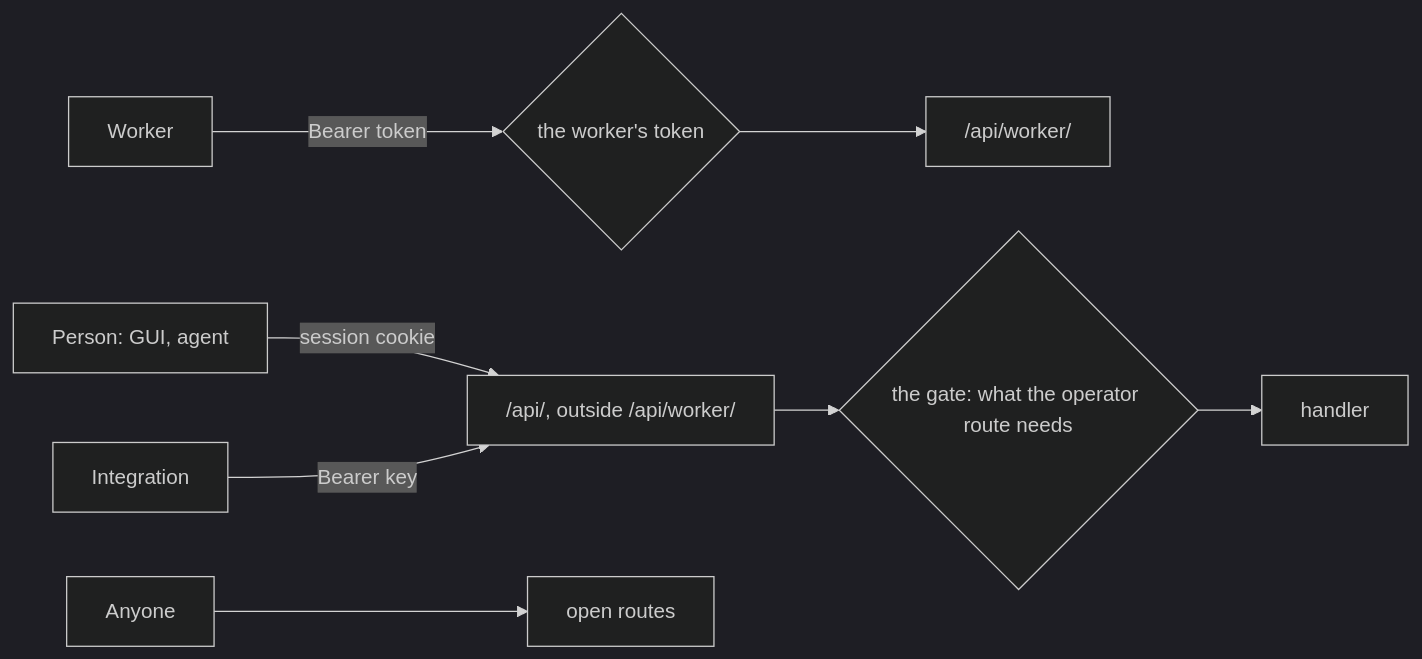
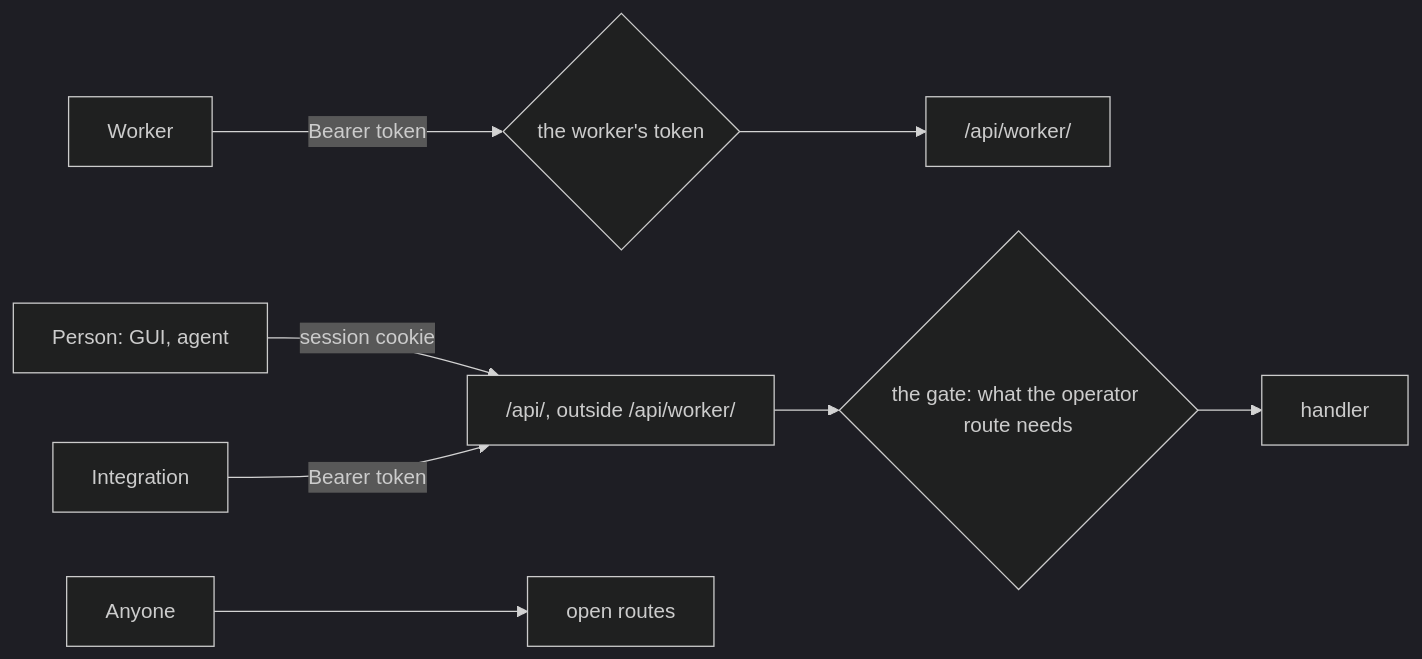
The diagram in docs/architecture/api.md (smeltr-sh/smeltr), drawn with Mermaid (dark theme) before and after one commit. The commit also changed other lines of this file, not shown here.

Commit message:
Docs: an integration's credential is a Bearer token, as a worker's is
Claude-Session: https://claude.ai/code/session_01BovxTQtXw4vMgqAXDKXwx2

````diff
--- a/docs/architecture/api.md
+++ b/docs/architecture/api.md
@@ -13,9 +13,9 @@
 ```mermaid
 flowchart LR
   worker[Worker] -- Bearer token --> wgate{the worker's token} --> w["/api/worker/"]
   person[Person: GUI, agent] -- session cookie --> o["/api/, outside /api/worker/"]
-  integration[Integration] -- Bearer key --> o
+  integration[Integration] -- Bearer token --> o
   anyone[Anyone] --> open["open routes"]
   o --> gate{the gate: what the operator route needs}
   gate --> handler[handler]
 ```
````
